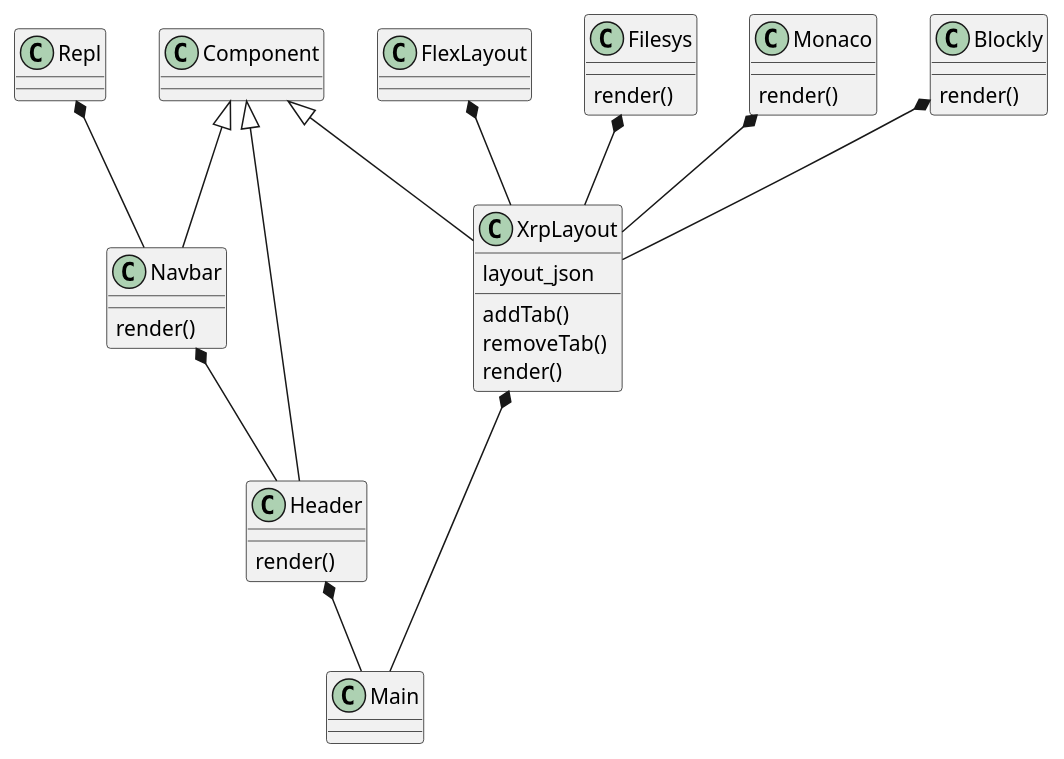
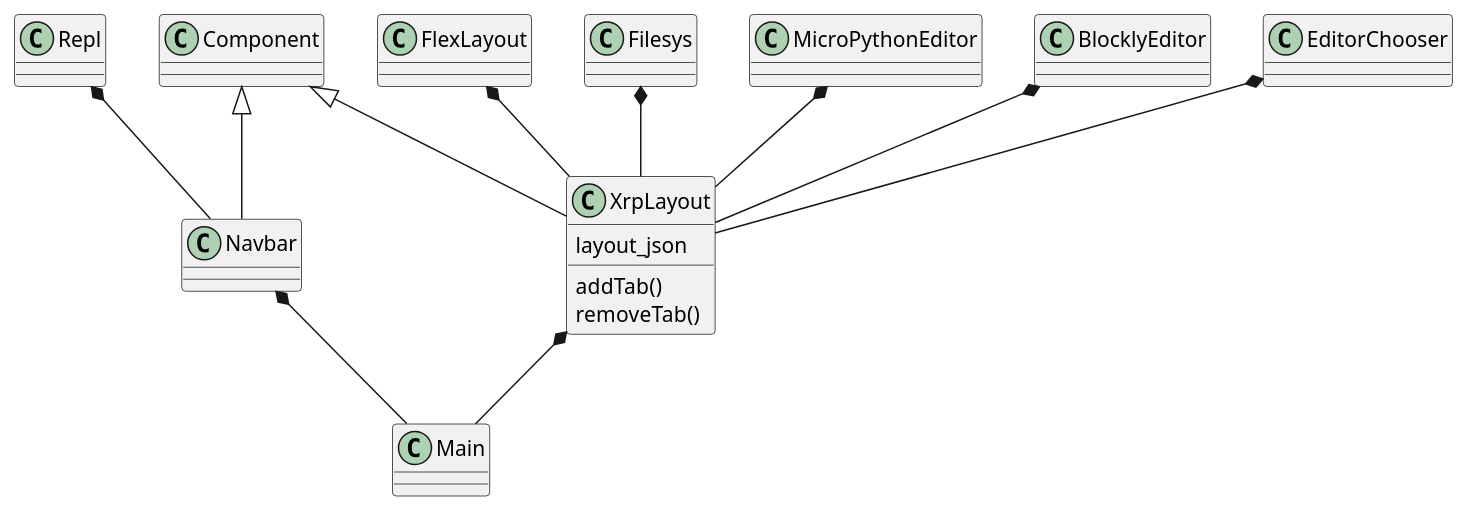
Before and after one commit to Open-STEM/XRPWeb: the fifth of 7 diagrams in docs/XRP Software Architecture.md, drawn with PlantUML. The commit also changed 10 other files, not shown here.

Commit message:
Updated docs, added editor chooser and added useRef for layout, navbar.

````diff
--- a/docs/XRP Software Architecture.md
+++ b/docs/XRP Software Architecture.md
@@ -174,41 +174,29 @@
 ```plantuml
 @startuml
     class Repl
     class FlexLayout
     class Component
-    class Filesys {
-        render()
-    }
-    class Monaco {
-        render()
-    }
-    class Blockly {
-        render()
-    }
+    class Filesys
+    class MicroPythonEditor
+    class BlocklyEditor
     class Main
     class XrpLayout {
         layout_json
         addTab()
         removeTab()
-        render()
     }
-    class Header {
-        render()
-    }
-    class Navbar {
-        render()
-    }
+    class Navbar 
+    class EditorChooser
 
-    Component <|-- Header
     Component <|-- Navbar
     Component <|-- XrpLayout
     Repl *-- Navbar
     FlexLayout *-- XrpLayout
-    Monaco *-- XrpLayout
-    Blockly *-- XrpLayout
+    MicroPythonEditor *-- XrpLayout
+    BlocklyEditor *-- XrpLayout
     Filesys *-- XrpLayout
-    Navbar *-- Header
-    Header *-- Main
+    EditorChooser *-- XrpLayout
+    Navbar *-- Main
     XrpLayout *-- Main
 @enduml
 ```
````
